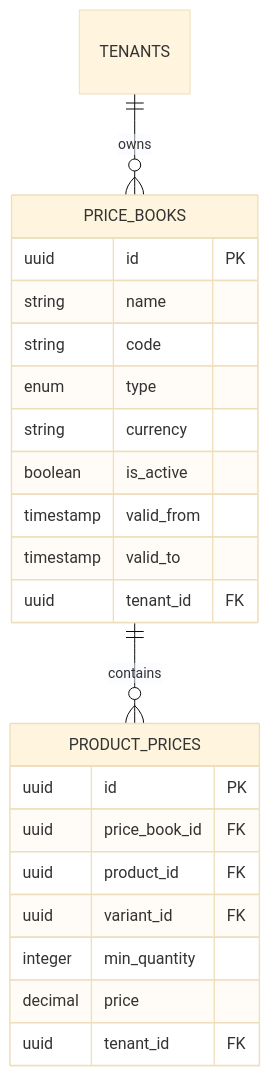
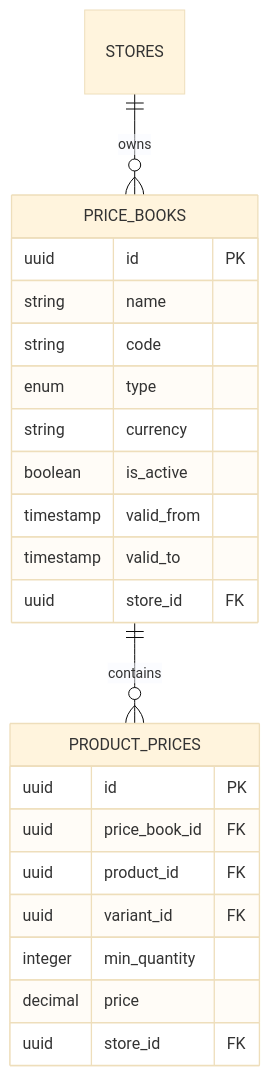
One commit to gowtamkumar/eCommerce-multi-store-saas-erp changed the diagram in doc/system-design/price_books_management.md. Above: the diagram before and after it, drawn with Mermaid (base theme). The commit also changed other lines of this file and 764 other files, not shown here.

````diff
--- a/doc/system-design/price_books_management.md
+++ b/doc/system-design/price_books_management.md
@@ -54,25 +54,25 @@
 ```mermaid
 erDiagram
-    TENANTS ||--o{ PRICE_BOOKS : owns
+    STORES ||--o{ PRICE_BOOKS : owns
     PRICE_BOOKS ||--o{ PRODUCT_PRICES : contains
     PRICE_BOOKS {
         uuid id PK
         string name
         string code
         enum type
         string currency
         boolean is_active
         timestamp valid_from
         timestamp valid_to
-        uuid tenant_id FK
+        uuid store_id FK
     }
     PRODUCT_PRICES {
         uuid id PK
         uuid price_book_id FK
         uuid product_id FK
         uuid variant_id FK
         integer min_quantity
         decimal price
-        uuid tenant_id FK
+        uuid store_id FK
     }
 ```
````
